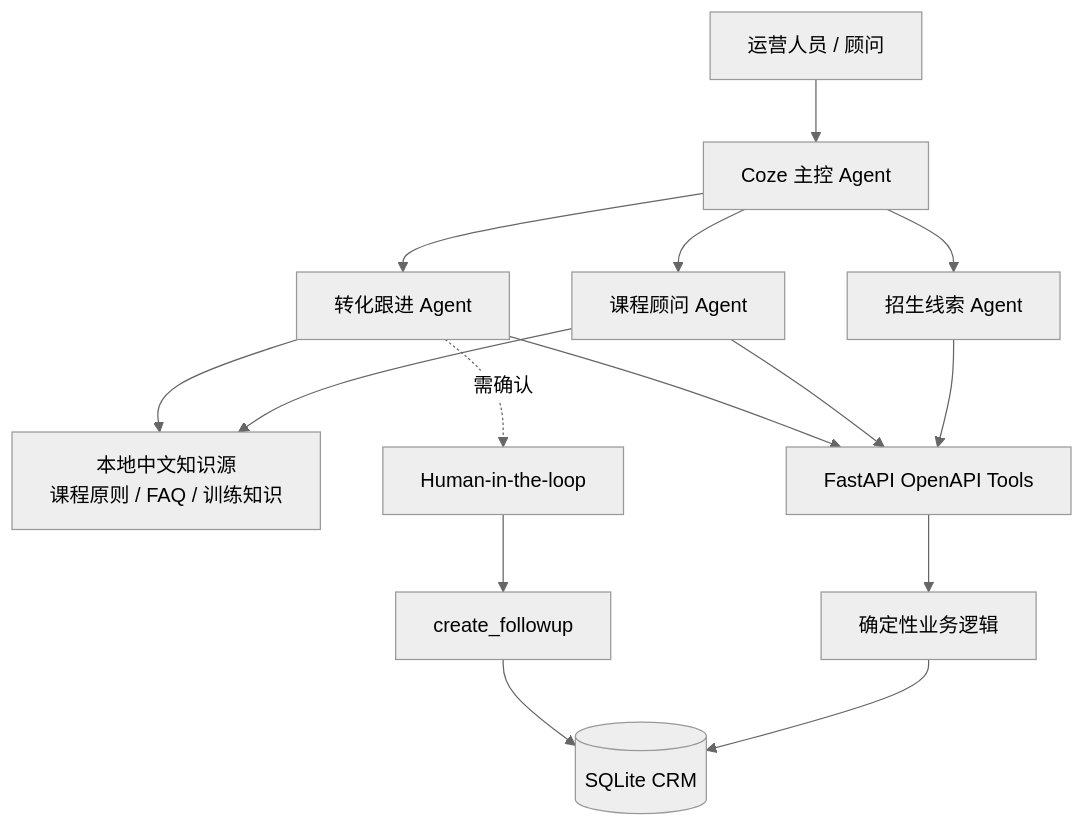
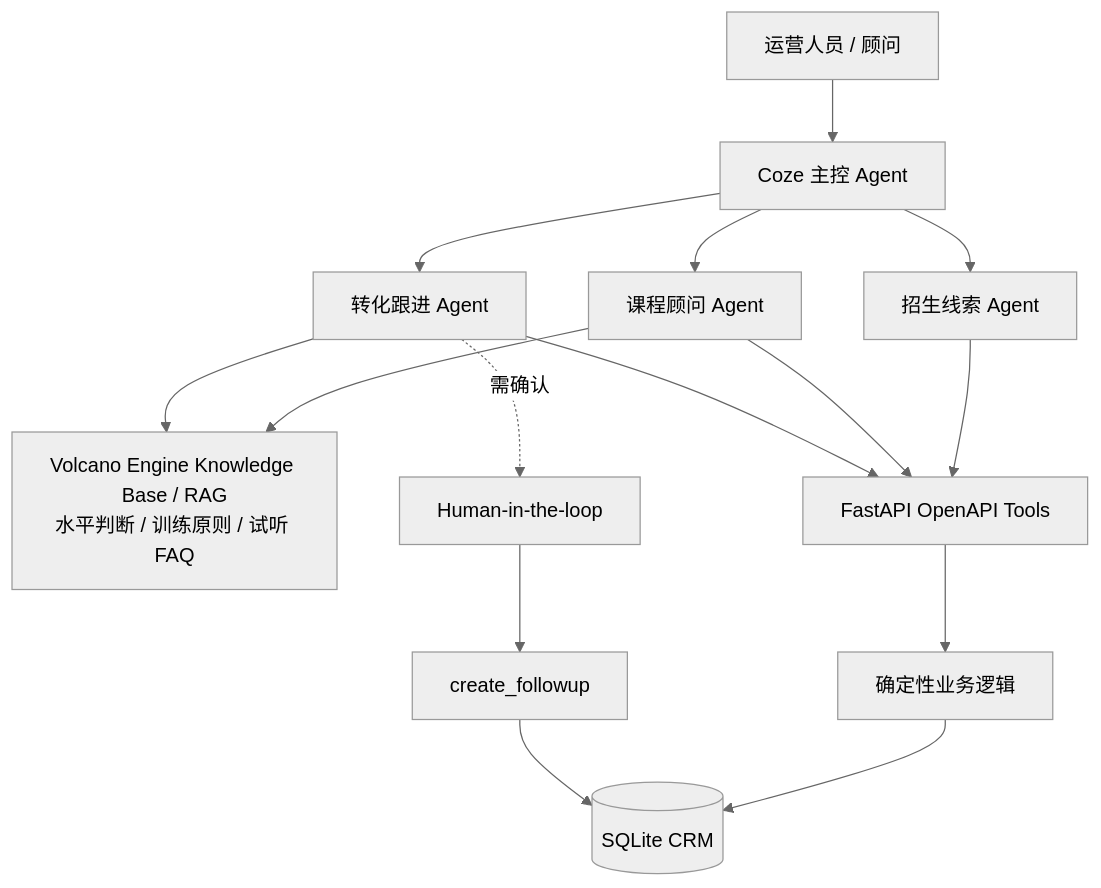
Before and after one commit to zcheng0319-dot/CoachFlow-AI: the diagram in docs/architecture.md, drawn with Mermaid (neutral theme). The commit also changed other lines of this file and 4 other files, not shown here.

````diff
--- a/docs/architecture.md
+++ b/docs/architecture.md
@@ -5,21 +5,21 @@
 ```mermaid
 flowchart TB
     User[运营人员 / 顾问] --> Router[Coze 主控 Agent]
     Router --> Lead[招生线索 Agent]
     Router --> Course[课程顾问 Agent]
     Router --> Growth[转化跟进 Agent]
 
-    Course --> Knowledge[本地中文知识源
-课程原则 / FAQ / 训练知识]
+    Course --> Knowledge[Volcano Engine Knowledge Base / RAG
+水平判断 / 训练原则 / 试听 FAQ]
     Growth --> Knowledge
 
     Lead --> API[FastAPI OpenAPI Tools]
     Course --> API
     Growth --> API
     API --> Logic[确定性业务逻辑]
     Logic --> CRM[(SQLite CRM)]
 
     Growth -.需确认.-> HITL[Human-in-the-loop]
     HITL --> Followup[create_followup]
     Followup --> CRM
 ```
````
